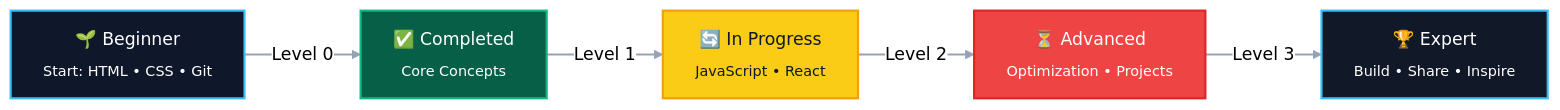
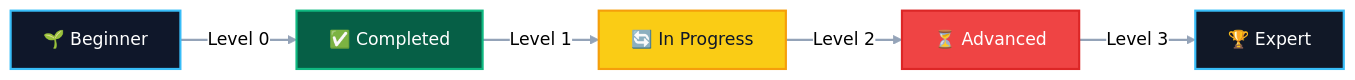
Before and after one commit to said-boutayeb/c-challenges-solved: the diagram in README.md, drawn with Mermaid (neutral theme).

````diff
--- a/README.md
+++ b/README.md
@@ -88,20 +88,20 @@
 ```mermaid
 graph LR
-    A[🌱 Beginner<br/><sub>Start: HTML • CSS • Git</sub>] -->|Level 0| B[✅ Completed<br/><sub>Core Concepts</sub>]
-    B -->|Level 1| C[🔄 In Progress<br/><sub>JavaScript • React</sub>]
-    C -->|Level 2| D[⏳ Advanced<br/><sub>Optimization • Projects</sub>]
-    D -->|Level 3| E[🏆 Expert<br/><sub>Build • Share • Inspire</sub>]
+    A[🌱 Beginner] -->|Level 0| B[✅ Completed]
+    B -->|Level 1| C[🔄 In Progress]
+    C -->|Level 2| D[⏳ Advanced]
+    D -->|Level 3| E[🏆 Expert]
 
     %% 🎨 Custom Styling
     style A fill:#0f172a,stroke:#38bdf8,stroke-width:2px,color:#ffffff
     style B fill:#065f46,stroke:#10b981,stroke-width:2px,color:#ffffff
     style C fill:#facc15,stroke:#f59e0b,stroke-width:2px,color:#0f172a
     style D fill:#ef4444,stroke:#dc2626,stroke-width:2px,color:#ffffff
     style E fill:#111827,stroke:#38bdf8,stroke-width:2px,color:#ffffff
 
     %% ✨ Link Styling
     linkStyle 0 stroke:#94a3b8,stroke-width:2px
     linkStyle 1 stroke:#94a3b8,stroke-width:2px
     linkStyle 2 stroke:#94a3b8,stroke-width:2px
     linkStyle 3 stroke:#94a3b8,stroke-width:2px
 ```
````
